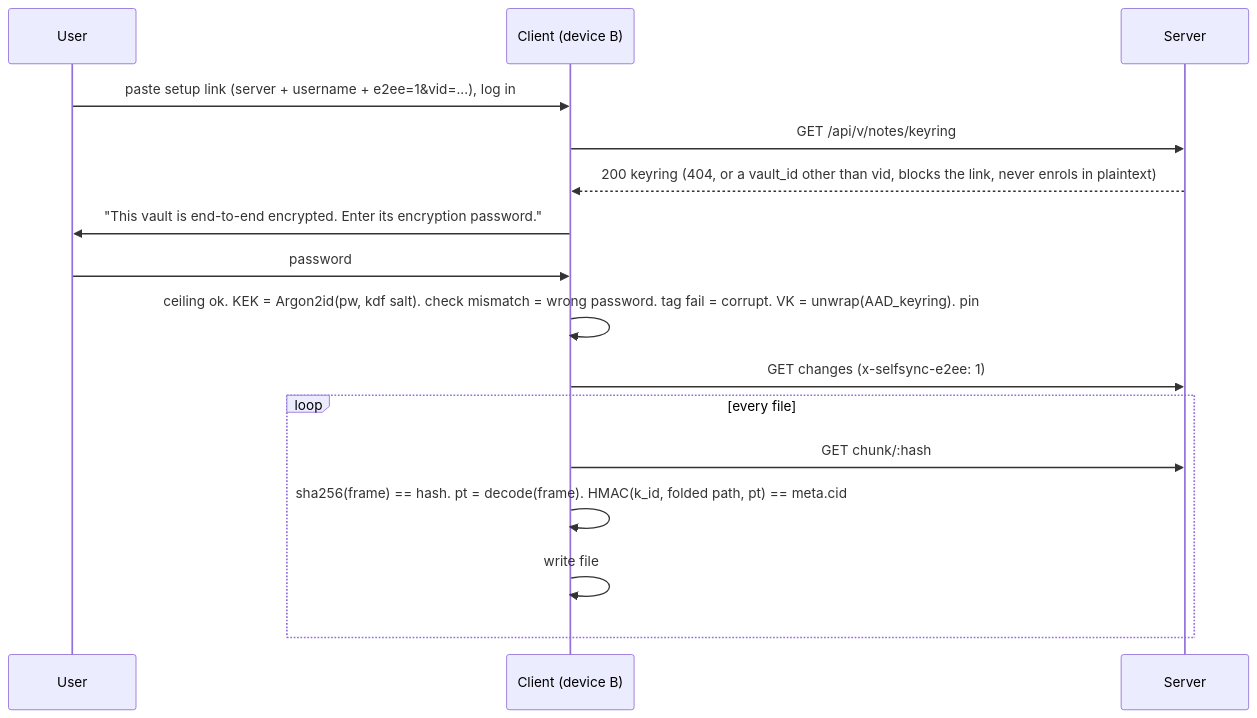
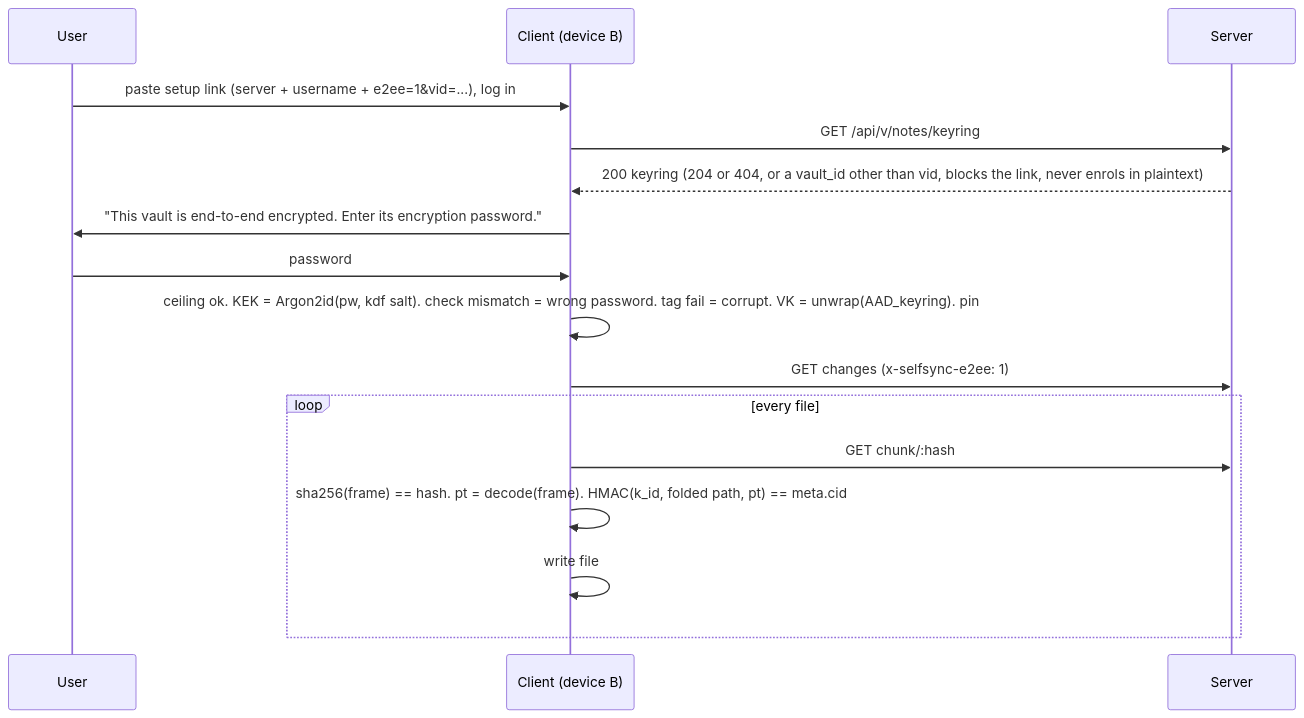
One commit to williamweatherholtz/obsidian-selfsync changed the third of 4 diagrams in docs/design/specs/2026-11-10-e2ee-design.md. Above: the diagram before and after it, drawn with Mermaid. The commit also changed other lines of this file and 10 other files, not shown here.

````diff
--- a/docs/design/specs/2026-11-10-e2ee-design.md
+++ b/docs/design/specs/2026-11-10-e2ee-design.md
@@ -476,18 +511,18 @@
 ```mermaid
 sequenceDiagram
     participant U as User
     participant B as Client (device B)
     participant S as Server
     U->>B: paste setup link (server + username + e2ee=1&vid=...), log in
     B->>S: GET /api/v/notes/keyring
-    S-->>B: 200 keyring (404, or a vault_id other than vid, blocks the link, never enrols in plaintext)
+    S-->>B: 200 keyring (204 or 404, or a vault_id other than vid, blocks the link, never enrols in plaintext)
     B->>U: "This vault is end-to-end encrypted. Enter its encryption password."
     U->>B: password
     B->>B: ceiling ok. KEK = Argon2id(pw, kdf salt). check mismatch = wrong password. tag fail = corrupt. VK = unwrap(AAD_keyring). pin
     B->>S: GET changes (x-selfsync-e2ee: 1)
     loop every file
         B->>S: GET chunk/:hash
         B->>B: sha256(frame) == hash. pt = decode(frame). HMAC(k_id, folded path, pt) == meta.cid
         B->>B: write file
     end
 ```
````
